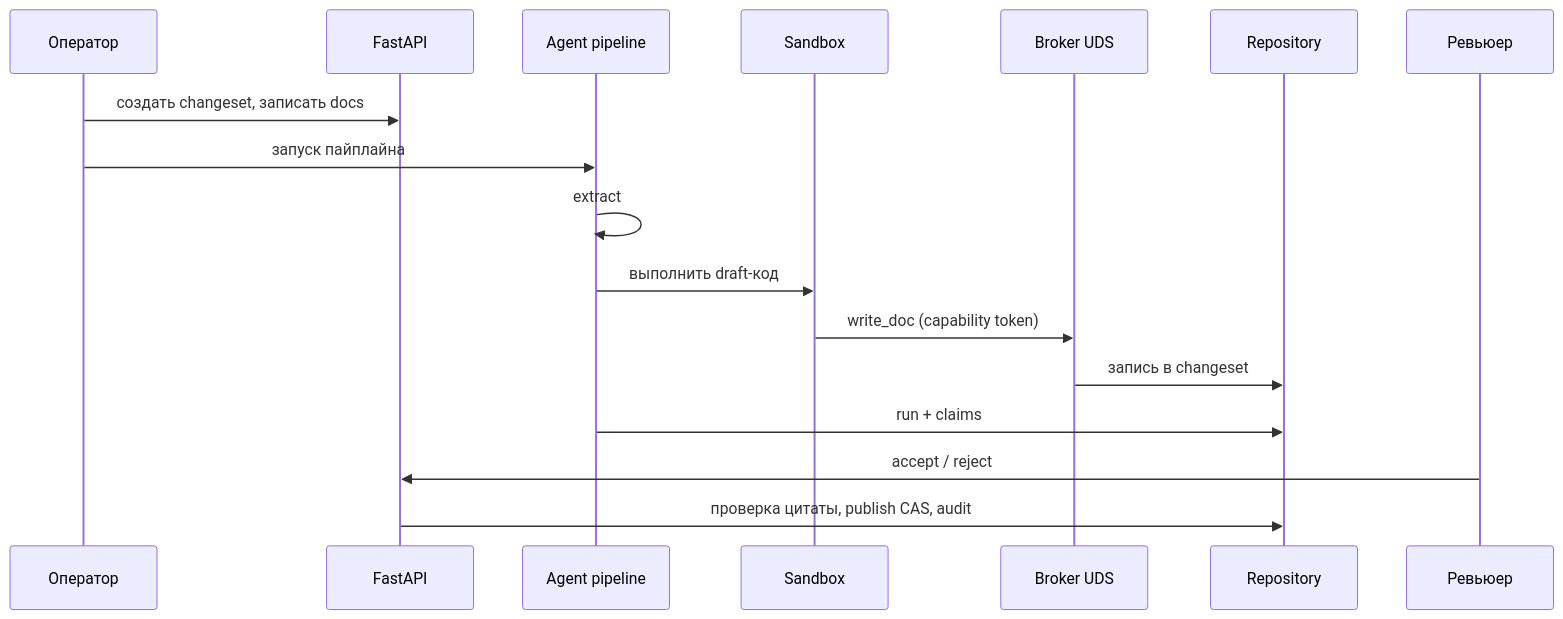
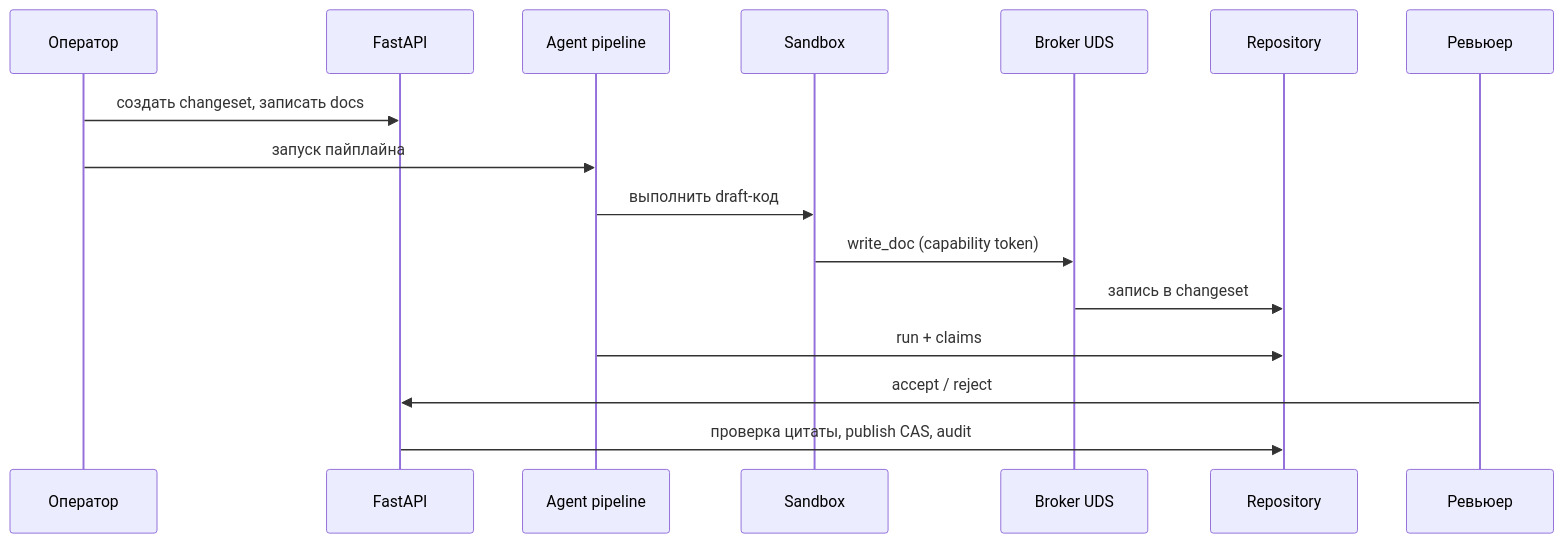
The second of 2 diagrams in docs/architecture.md (MrGrose/docvault), drawn with Mermaid before and after one commit. The commit also changed other lines of this file and 3 other files, not shown here.

````diff
--- a/docs/architecture.md
+++ b/docs/architecture.md
@@ -69,20 +68,19 @@
 ```mermaid
 sequenceDiagram
   participant Op as Оператор
   participant API as FastAPI
   participant Pipe as Agent pipeline
   participant Sbx as Sandbox
   participant Brk as Broker UDS
   participant Repo as Repository
   participant Rev as Ревьюер
 
   Op->>API: создать changeset, записать docs
   Op->>Pipe: запуск пайплайна
-  Pipe->>Pipe: extract
   Pipe->>Sbx: выполнить draft-код
   Sbx->>Brk: write_doc (capability token)
   Brk->>Repo: запись в changeset
   Pipe->>Repo: run + claims
   Rev->>API: accept / reject
   API->>Repo: проверка цитаты, publish CAS, audit
 ```
````
